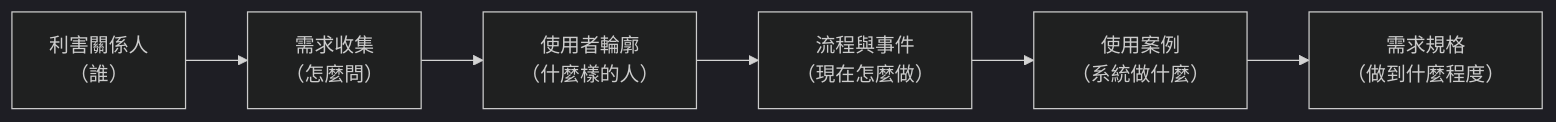
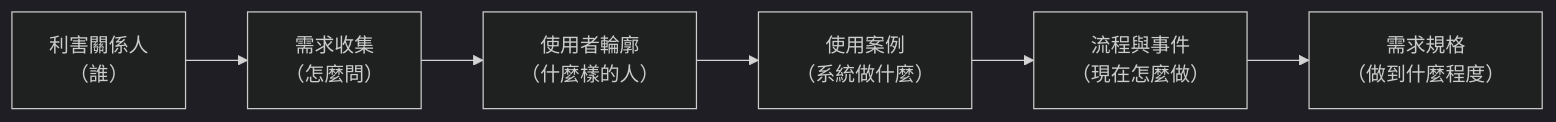
Before and after one commit to billy1125/system-analysis-and-design: the diagram in 01-Course-Materials/03-User-Analysis.md, drawn with Mermaid (dark theme). The commit also changed other lines of this file and 26 other files, not shown here.

````diff
--- a/01-Course-Materials/03-User-Analysis.md
+++ b/01-Course-Materials/03-User-Analysis.md
@@ -444,8 +444,8 @@
 ```mermaid
 flowchart LR
     S1["利害關係人<br/>（誰）"] --> S2["需求收集<br/>（怎麼問）"]
     S2 --> S3["使用者輪廓<br/>（什麼樣的人）"]
-    S3 --> S4["流程與事件<br/>（現在怎麼做）"]
-    S4 --> S5["使用案例<br/>（系統做什麼）"]
+    S3 --> S4["使用案例<br/>（系統做什麼）"]
+    S4 --> S5["流程與事件<br/>（現在怎麼做）"]
     S5 --> S6["需求規格<br/>（做到什麼程度）"]
 ```
````
